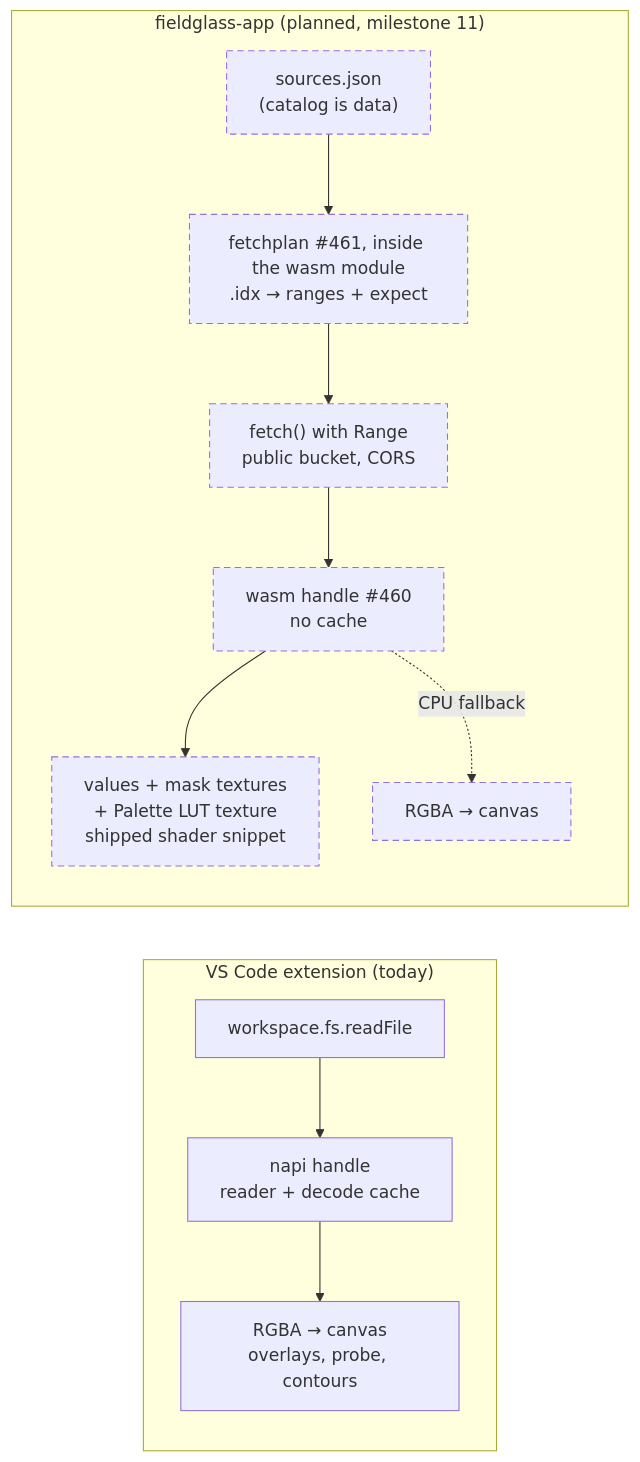
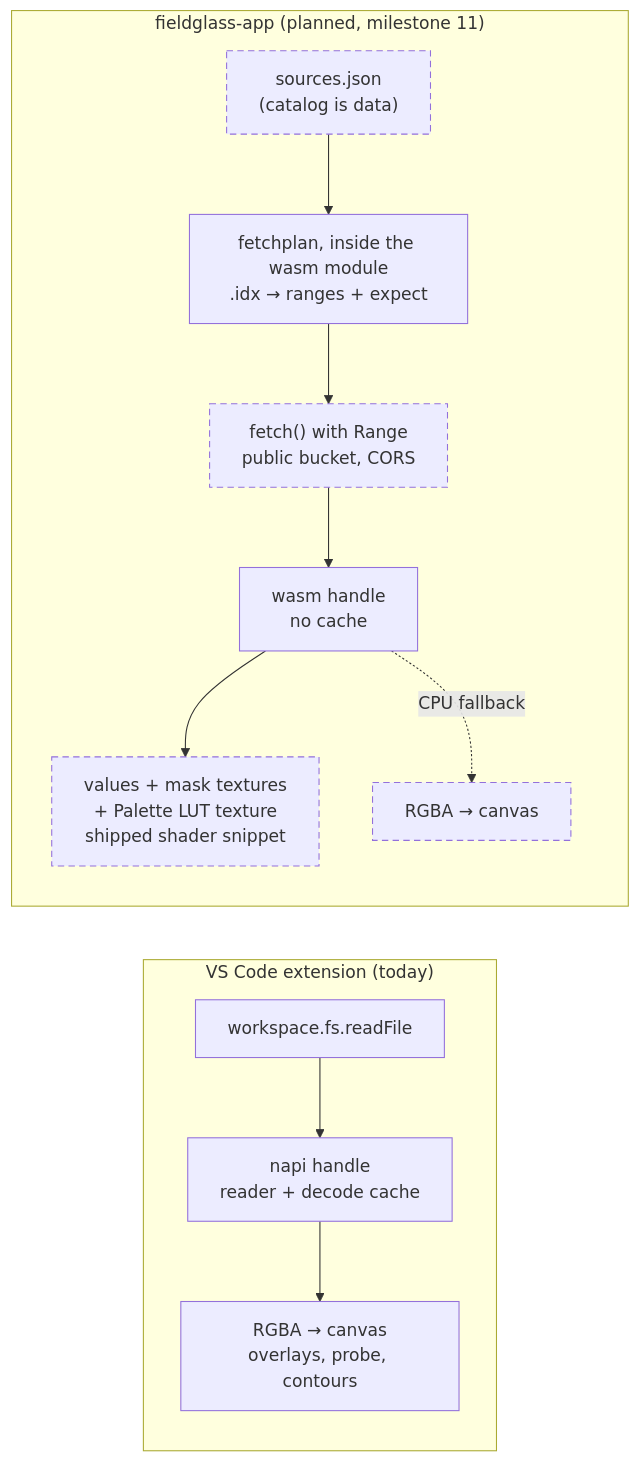
One commit to D0ubleD0uble/fieldglass changed the first of 2 diagrams in docs/architecture/planned/04-hosts.md. Above: the diagram before and after it, drawn with Mermaid. The commit also changed 18 other files, not shown here.

First line of the commit message:
docs(architecture): the workspace is described as layers, under ADR-0010

````diff
--- a/docs/architecture/planned/04-hosts.md
+++ b/docs/architecture/planned/04-hosts.md
@@ -15,16 +15,16 @@
 ```mermaid
 flowchart LR
     subgraph vscode["VS Code extension (today)"]
         fs["workspace.fs.readFile"] --> nb["napi handle<br/>reader + decode cache"]
         nb --> canvas["RGBA → canvas<br/>overlays, probe, contours"]
     end
     subgraph browser["fieldglass-app (planned, milestone 11)"]
-        cat["sources.json<br/>(catalog is data)"] --> plan["fetchplan #461, inside the wasm module<br/>.idx → ranges + expect"]
+        cat["sources.json<br/>(catalog is data)"] --> plan["fetchplan, inside the wasm module<br/>.idx → ranges + expect"]
         plan --> fetch["fetch() with Range<br/>public bucket, CORS"]
-        fetch --> wb["wasm handle #460<br/>no cache"]
+        fetch --> wb["wasm handle<br/>no cache"]
         wb --> gpu["values + mask textures<br/>+ Palette LUT texture<br/>shipped shader snippet"]
         wb -. CPU fallback .-> canvas2["RGBA → canvas"]
     end
     classDef planned stroke-dasharray: 6 4
-    class cat,plan,fetch,wb,gpu,canvas2 planned
+    class cat,fetch,gpu,canvas2 planned
 ```
````
